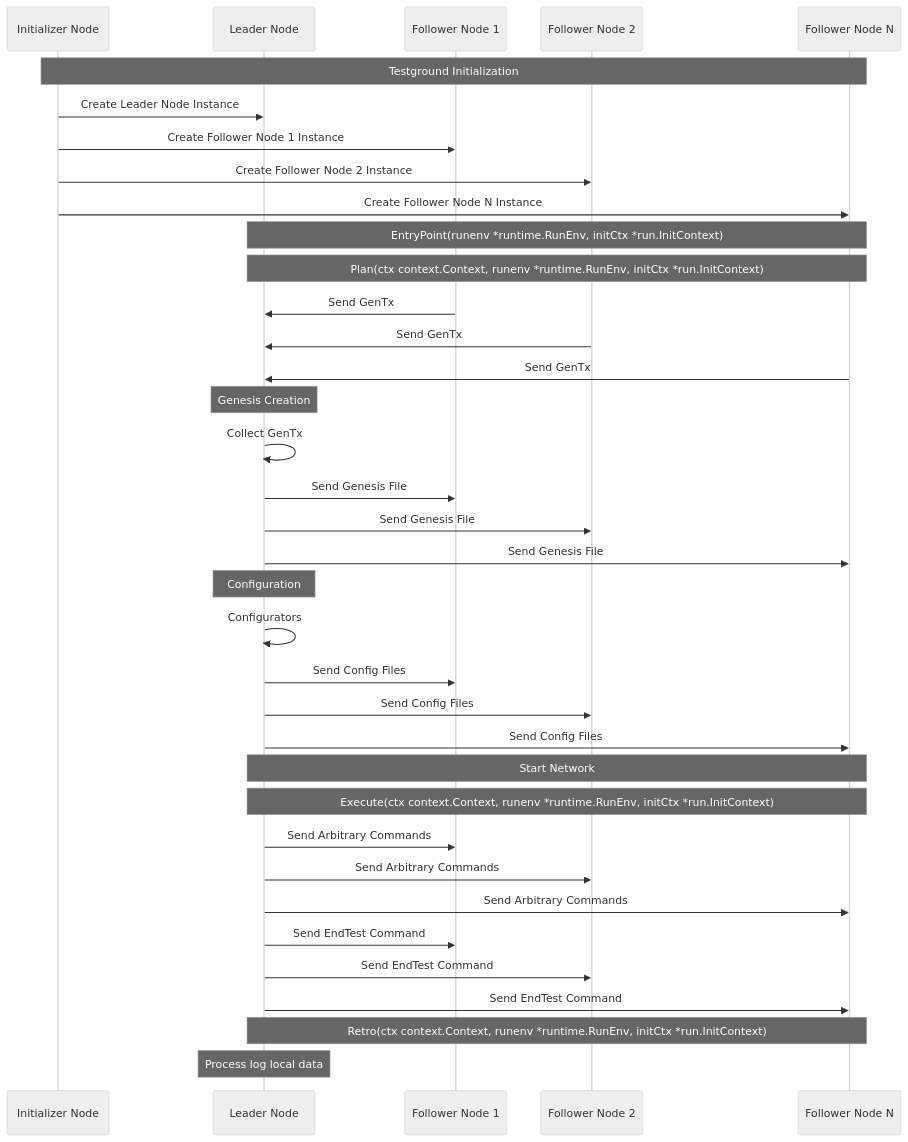
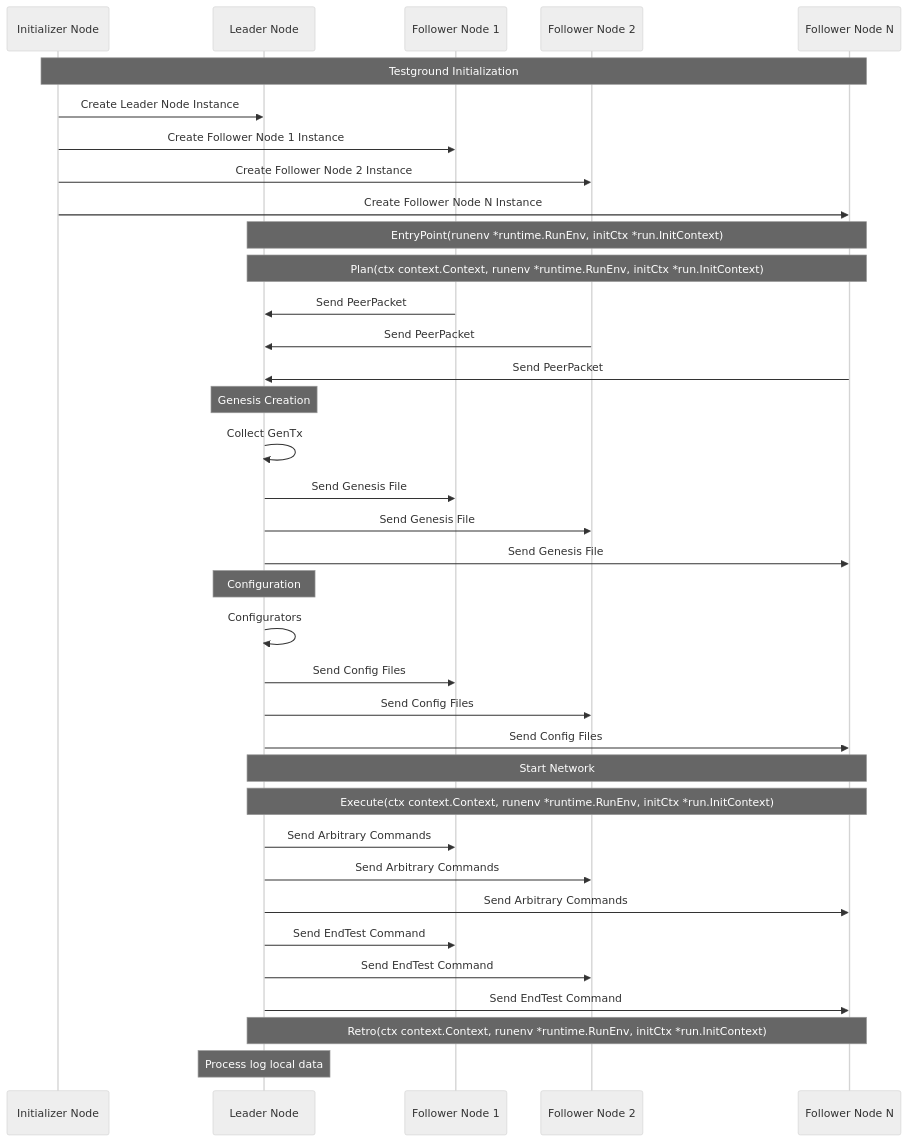
Before and after one commit to celestiaorg/celestia-app: the diagram in test/testground/README.md, drawn with Mermaid (neutral theme). The commit also changed other lines of this file and 3 other files, not shown here.

````diff
--- a/test/testground/README.md
+++ b/test/testground/README.md
@@ -31,51 +31,51 @@
 ```mermaid
 sequenceDiagram
     participant I as Initializer Node
     participant L as Leader Node
     participant F1 as Follower Node 1
     participant F2 as Follower Node 2
     participant Fn as Follower Node N
 
     Note over I, Fn: Testground Initialization
     I->>L: Create Leader Node Instance
     I->>F1: Create Follower Node 1 Instance
     I->>F2: Create Follower Node 2 Instance
     I->>Fn: Create Follower Node N Instance
 
     Note over L, Fn: EntryPoint(runenv *runtime.RunEnv, initCtx *run.InitContext)
     
     Note over L, Fn: Plan(ctx context.Context, runenv *runtime.RunEnv, initCtx *run.InitContext)
-    F1->>L: Send GenTx
-    F2->>L: Send GenTx
-    Fn->>L: Send GenTx
+    F1->>L: Send PeerPacket
+    F2->>L: Send PeerPacket
+    Fn->>L: Send PeerPacket
 
     Note over L: Genesis Creation
     L->>L: Collect GenTx
 
     L->>F1: Send Genesis File
     L->>F2: Send Genesis File
     L->>Fn: Send Genesis File
 
     Note over L: Configuration
     L->>L: Configurators
 
     L->>F1: Send Config Files
     L->>F2: Send Config Files
     L->>Fn: Send Config Files
 
     Note over L, Fn: Start Network
 
     Note over L, Fn: Execute(ctx context.Context, runenv *runtime.RunEnv, initCtx *run.InitContext)
 
     L->>F1: Send Arbitrary Commands
     L->>F2: Send Arbitrary Commands
     L->>Fn: Send Arbitrary Commands
 
     L->>F1: Send EndTest Command
     L->>F2: Send EndTest Command
     L->>Fn: Send EndTest Command
 
     Note over L, Fn: Retro(ctx context.Context, runenv *runtime.RunEnv, initCtx *run.InitContext)
 
     Note over L: Process log local data
 ```
````
